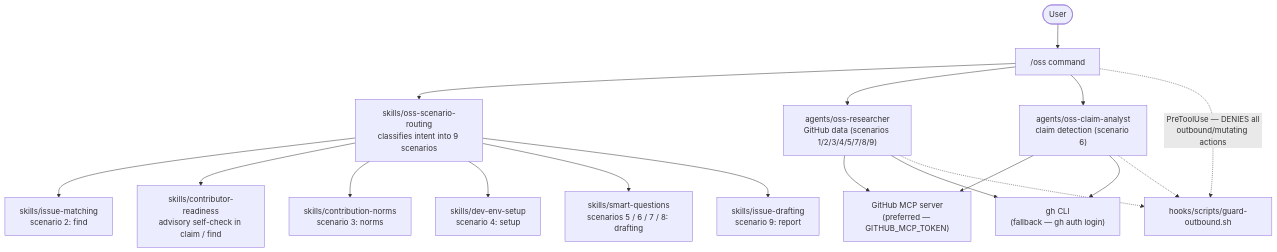
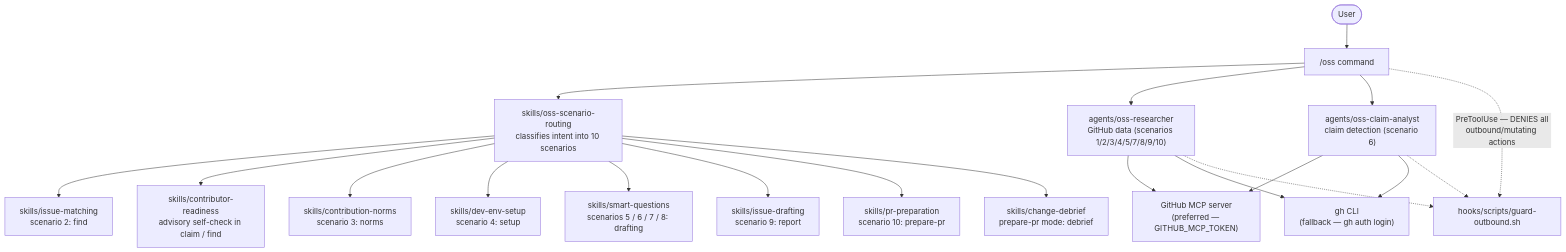
Before and after one commit to josix/agentic-contributor: the diagram in docs/index.md, drawn with Mermaid. The commit also changed other lines of this file and 18 other files, not shown here.

First line of the commit message:
feat: prepare-pr scenario with change debrief (v0.7.0)

````diff
--- a/docs/index.md
+++ b/docs/index.md
@@ -13,25 +13,27 @@
 ```mermaid
 flowchart TD
     U([User]) --> OSS["/oss command"]
 
-    OSS --> SR["skills/oss-scenario-routing<br/>classifies intent into 9 scenarios"]
+    OSS --> SR["skills/oss-scenario-routing<br/>classifies intent into 10 scenarios"]
 
     SR --> IM["skills/issue-matching<br/>scenario 2: find"]
     SR --> CR["skills/contributor-readiness<br/>advisory self-check in claim / find"]
     SR --> CN["skills/contribution-norms<br/>scenario 3: norms"]
     SR --> DE["skills/dev-env-setup<br/>scenario 4: setup"]
     SR --> SQ["skills/smart-questions<br/>scenarios 5 / 6 / 7 / 8: drafting"]
     SR --> ID["skills/issue-drafting<br/>scenario 9: report"]
+    SR --> PP["skills/pr-preparation<br/>scenario 10: prepare-pr"]
+    SR --> CD["skills/change-debrief<br/>prepare-pr mode: debrief"]
 
-    OSS --> RES["agents/oss-researcher<br/>GitHub data (scenarios 1/2/3/4/5/7/8/9)"]
+    OSS --> RES["agents/oss-researcher<br/>GitHub data (scenarios 1/2/3/4/5/7/8/9/10)"]
     OSS --> CA["agents/oss-claim-analyst<br/>claim detection (scenario 6)"]
 
     RES --> MCP["GitHub MCP server<br/>(preferred — GITHUB_MCP_TOKEN)"]
     RES --> GH["gh CLI<br/>(fallback — gh auth login)"]
     CA --> MCP
     CA --> GH
 
     OSS -.->|PreToolUse — DENIES all<br/>outbound/mutating actions| GRD["hooks/scripts/guard-outbound.sh"]
     RES -.-> GRD
     CA -.-> GRD
 ```
````
